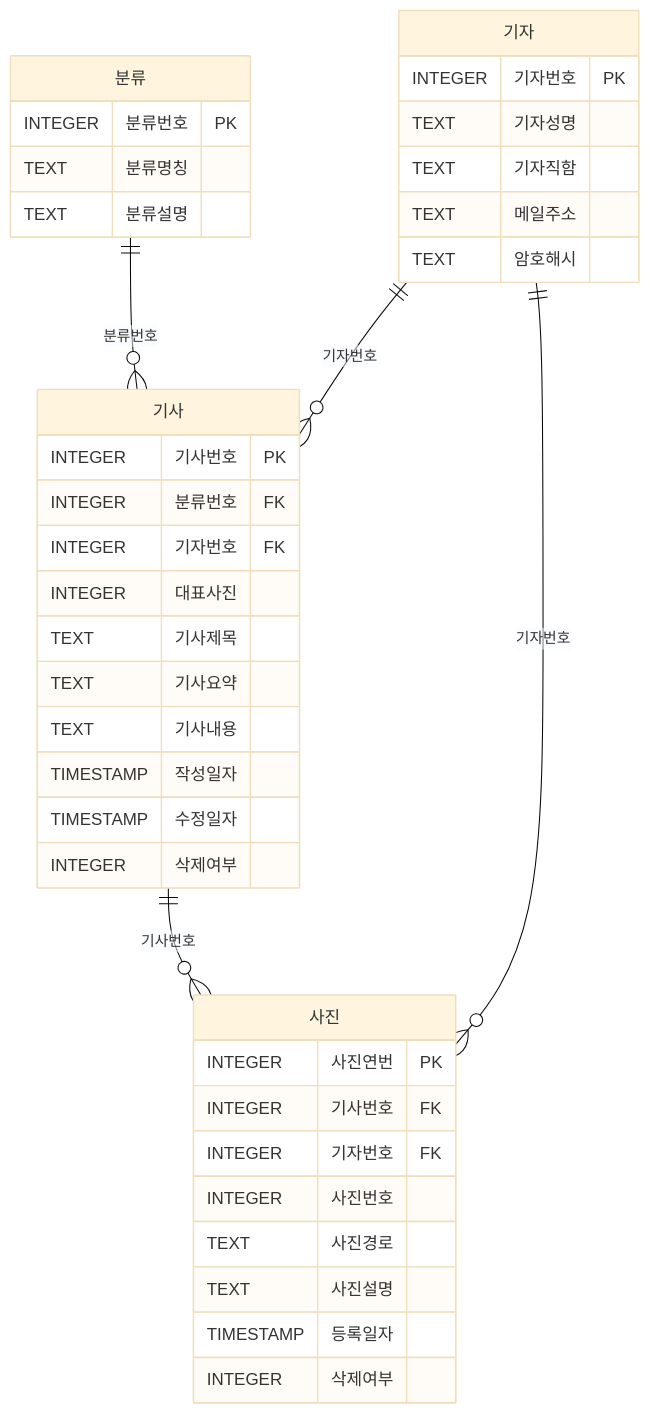
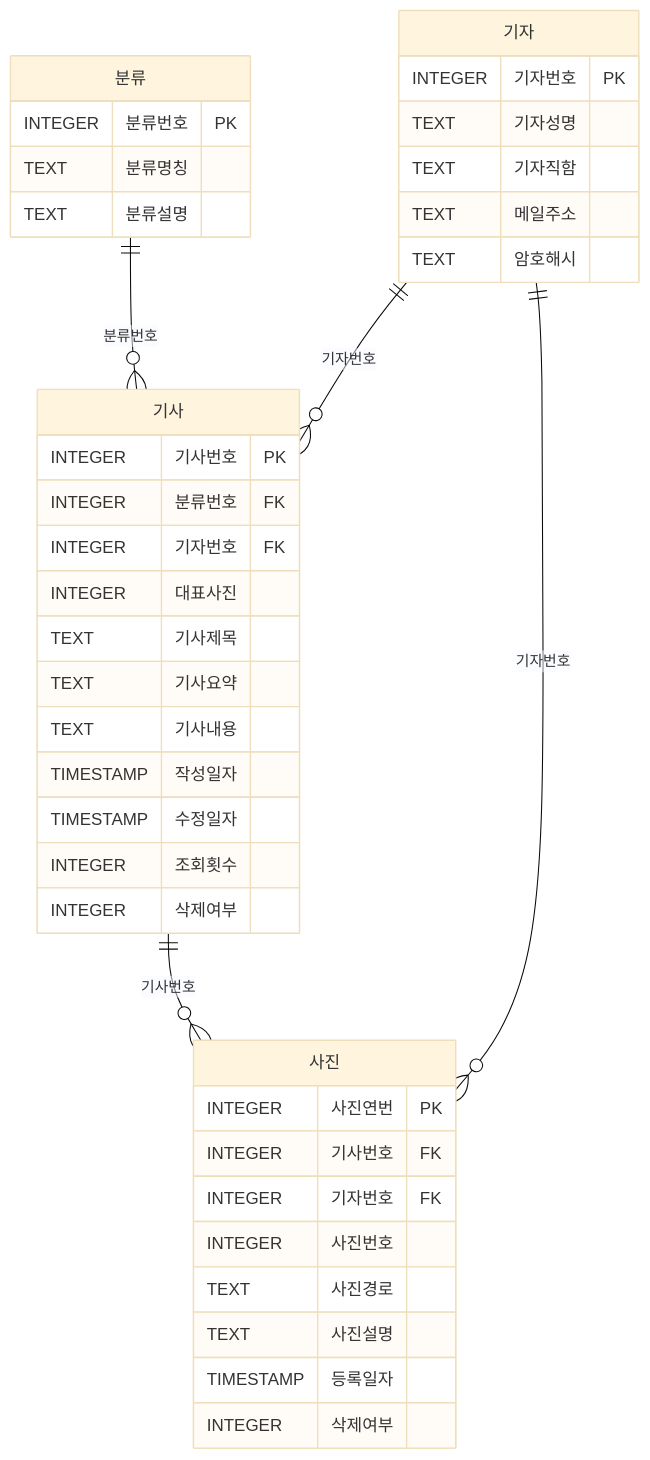
The diagram in README.md (assam258-5892/mediafact), drawn with Mermaid (base theme) before and after one commit. The commit also changed 3 other files, not shown here.

````diff
--- a/README.md
+++ b/README.md
@@ -4,42 +4,43 @@
 ```mermaid
 erDiagram
     분류 {
         INTEGER 분류번호 PK
         TEXT 분류명칭
         TEXT 분류설명
     }
     기자 {
         INTEGER 기자번호 PK
         TEXT 기자성명
         TEXT 기자직함
         TEXT 메일주소
         TEXT 암호해시
     }
     기사 {
         INTEGER 기사번호 PK
         INTEGER 분류번호 FK
         INTEGER 기자번호 FK
         INTEGER 대표사진
         TEXT 기사제목
         TEXT 기사요약
         TEXT 기사내용
         TIMESTAMP 작성일자
         TIMESTAMP 수정일자
+        INTEGER 조회횟수
         INTEGER 삭제여부
     }
     사진 {
         INTEGER 사진연번 PK
         INTEGER 기사번호 FK
         INTEGER 기자번호 FK
         INTEGER 사진번호
         TEXT 사진경로
         TEXT 사진설명
         TIMESTAMP 등록일자
         INTEGER 삭제여부
     }
 
     분류 ||--o{ 기사 : "분류번호"
     기자 ||--o{ 기사 : "기자번호"
     기사 ||--o{ 사진 : "기사번호"
     기자 ||--o{ 사진 : "기자번호"
 ```
````
